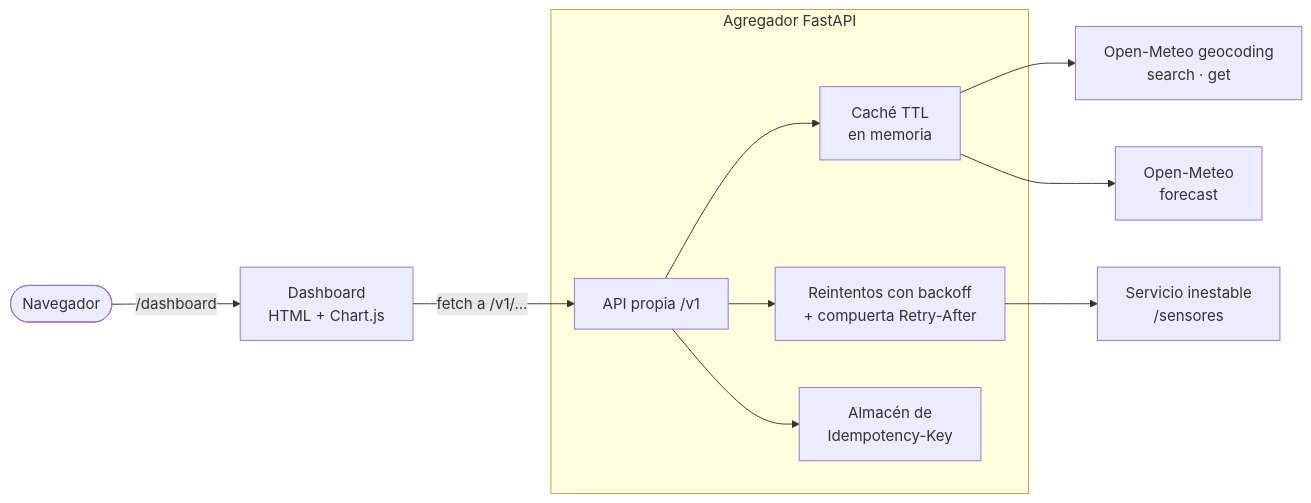
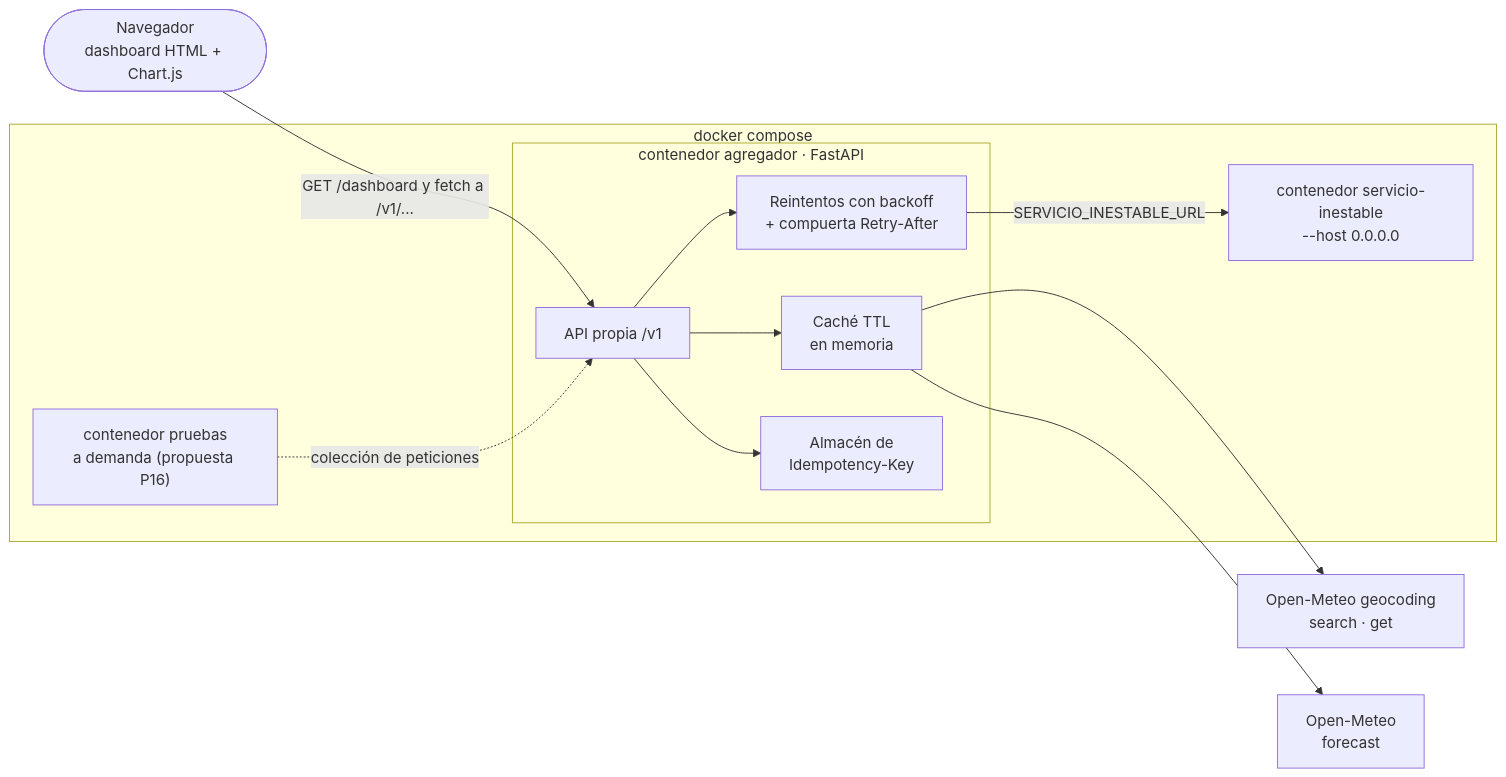
Before and after one commit to Maria-Fernanda-Ruiz/agregador-resiliente: the second of 4 diagrams in README.md, drawn with Mermaid. The commit also changed other lines of this file and 3 other files, not shown here.

````diff
--- a/README.md
+++ b/README.md
@@ -56,13 +59,17 @@
 ```mermaid
 flowchart LR
-    U(["Navegador"]) -->|"/dashboard"| D["Dashboard<br/>HTML + Chart.js"]
-    D -->|"fetch a /v1/..."| API
-    subgraph AG["Agregador FastAPI"]
-        API["API propia /v1"] --> CA["Caché TTL<br/>en memoria"]
-        API --> RS["Reintentos con backoff<br/>+ compuerta Retry-After"]
-        API --> ID["Almacén de<br/>Idempotency-Key"]
+    U(["Navegador<br/>dashboard HTML + Chart.js"]) -->|"GET /dashboard y fetch a /v1/..."| API
+    subgraph DC["docker compose"]
+        subgraph AG["contenedor agregador · FastAPI"]
+            API["API propia /v1"] --> CA["Caché TTL<br/>en memoria"]
+            API --> RS["Reintentos con backoff<br/>+ compuerta Retry-After"]
+            API --> ID["Almacén de<br/>Idempotency-Key"]
+        end
+        SI["contenedor servicio-inestable<br/>--host 0.0.0.0"]
+        PR["contenedor pruebas<br/>a demanda (propuesta P16)"]
     end
     CA --> GEO["Open-Meteo geocoding<br/>search · get"]
     CA --> FC["Open-Meteo<br/>forecast"]
-    RS --> SI["Servicio inestable<br/>/sensores"]
+    RS -->|"SERVICIO_INESTABLE_URL"| SI
+    PR -.->|"colección de peticiones"| API
 ```
````
